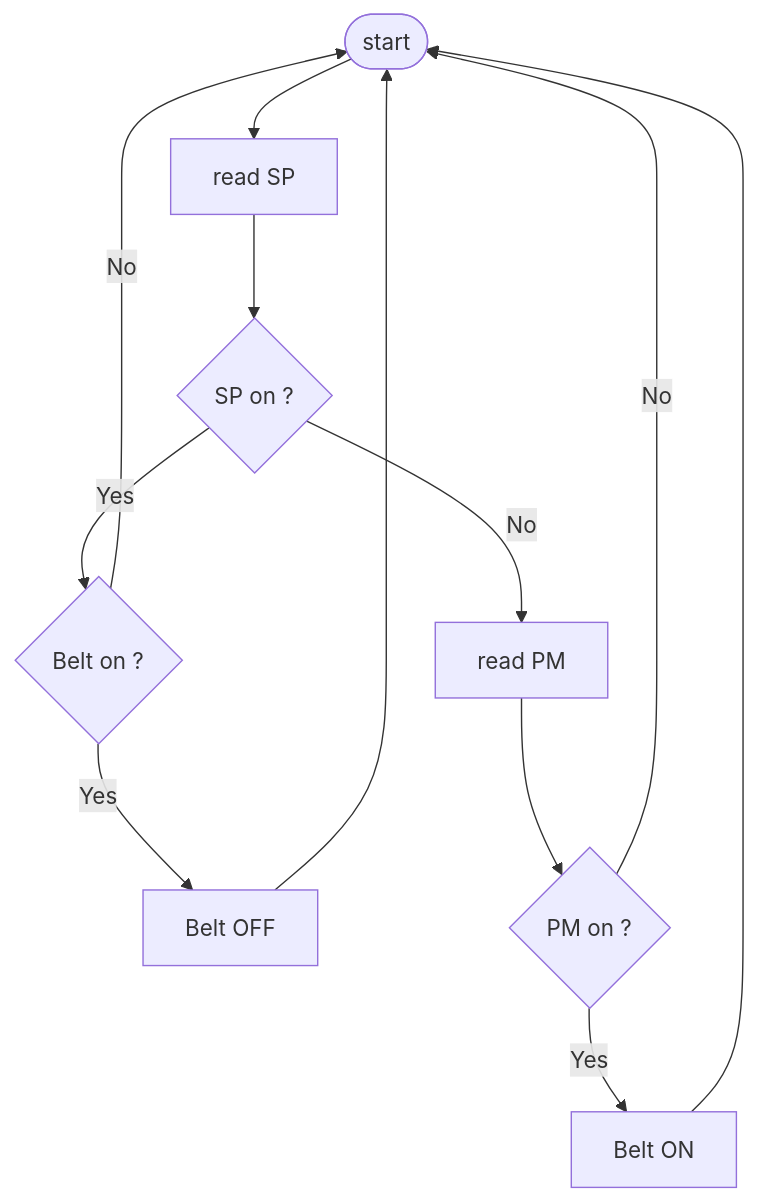
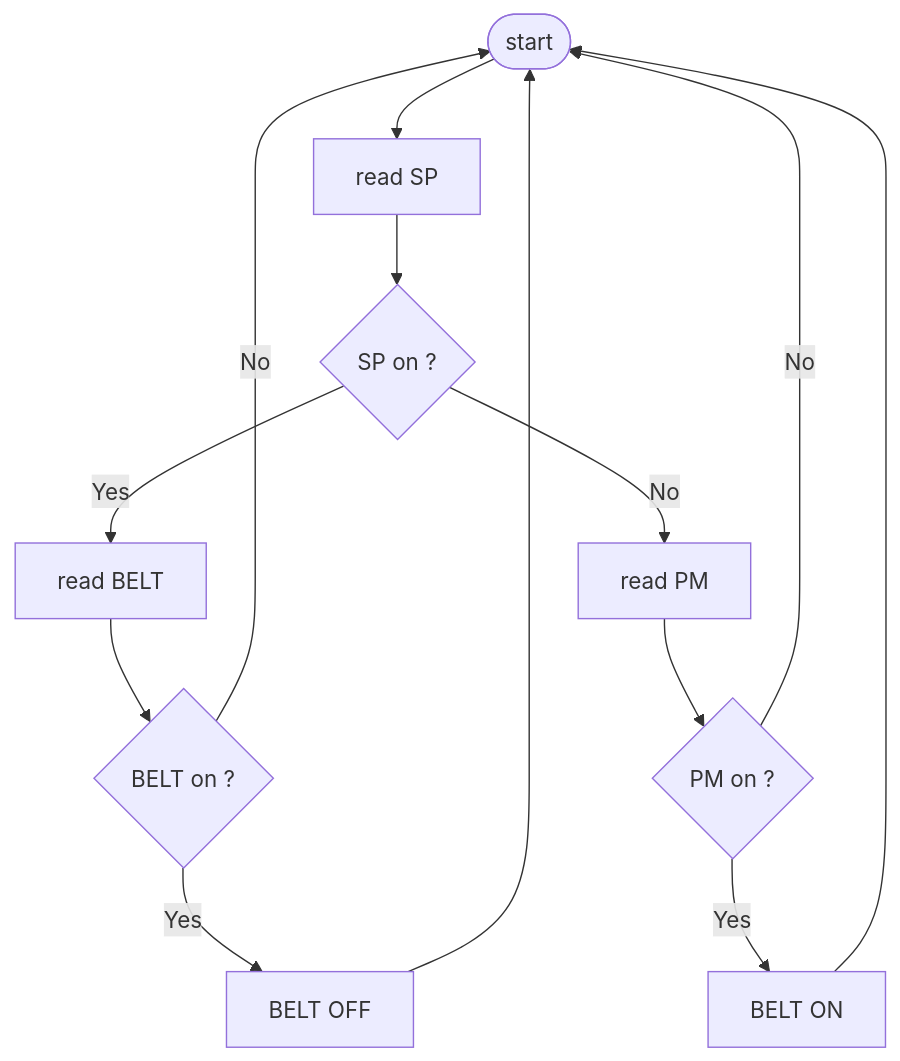
The diagram in classe_4/sistemi/uda_1/L04_27-10-2023_nastro_trasportatore.md (dennyb87/elettrotecnica-serale), drawn with Mermaid before and after one commit. The commit also changed other lines of this file, not shown here.

Commit message:
take belt into account

````diff
--- a/classe_4/sistemi/uda_1/L04_27-10-2023_nastro_trasportatore.md
+++ b/classe_4/sistemi/uda_1/L04_27-10-2023_nastro_trasportatore.md
@@ -14,15 +15,16 @@
 ```mermaid
 flowchart TB
     start(["start"])-->readsp["read SP"]
     readsp-->spon{"SP on ?"}
-    spon-->|Yes| belton{"Belt on ?"}
-    belton-->|Yes| switchbeltoff["Belt OFF"]
+    spon-->|Yes| readbelt["read BELT"]
+    readbelt-->belton{"BELT on ?"}
+    belton-->|Yes| switchbeltoff["BELT OFF"]
     switchbeltoff-->start
     belton-->|No| start
 
     spon-->|No| readpm["read PM"]
     readpm-->pmon{"PM on ?"}
     pmon-->|No| start
-    pmon-->|Yes| switchbelton["Belt ON"]
+    pmon-->|Yes| switchbelton["BELT ON"]
     switchbelton-->start
 ```
````
